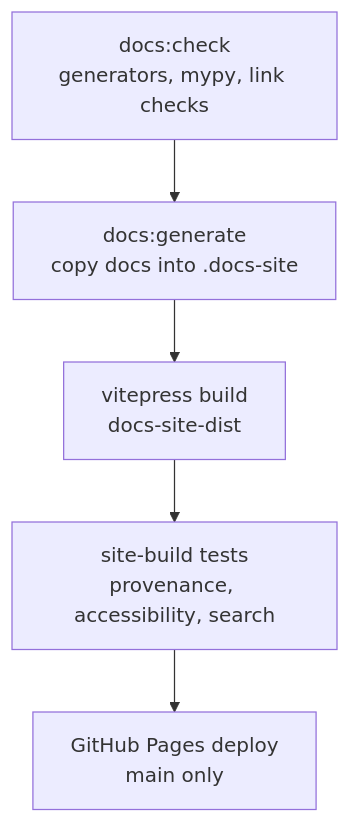
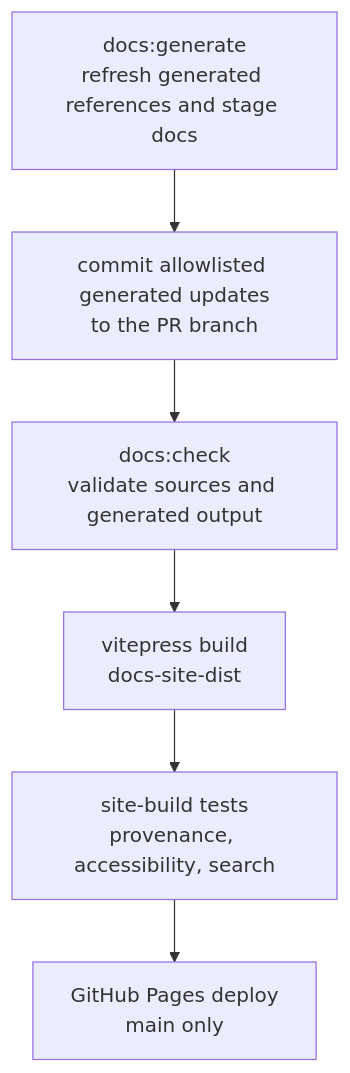
One commit to constructorfleet/SketchForge-3D changed the diagram in docs/DOCUMENTATION_SUITE_SPEC.md. Above: the diagram before and after it, drawn with Mermaid. The commit also changed other lines of this file and 3 other files, not shown here.

````diff
--- a/docs/DOCUMENTATION_SUITE_SPEC.md
+++ b/docs/DOCUMENTATION_SUITE_SPEC.md
@@ -180,7 +179,8 @@
 ```mermaid
 graph TD;
-  A["docs:check<br/>generators, mypy, link checks"] --> B["docs:generate<br/>copy docs into .docs-site"];
-  B --> C["vitepress build<br/>docs-site-dist"];
-  C --> D["site-build tests<br/>provenance, accessibility, search"];
-  D --> E["GitHub Pages deploy<br/>main only"];
+  A["docs:generate<br/>refresh generated references and stage docs"] --> B["commit allowlisted generated updates<br/>to the PR branch"];
+  B --> C["docs:check<br/>validate sources and generated output"];
+  C --> D["vitepress build<br/>docs-site-dist"];
+  D --> E["site-build tests<br/>provenance, accessibility, search"];
+  E --> F["GitHub Pages deploy<br/>main only"];
 ```
````
